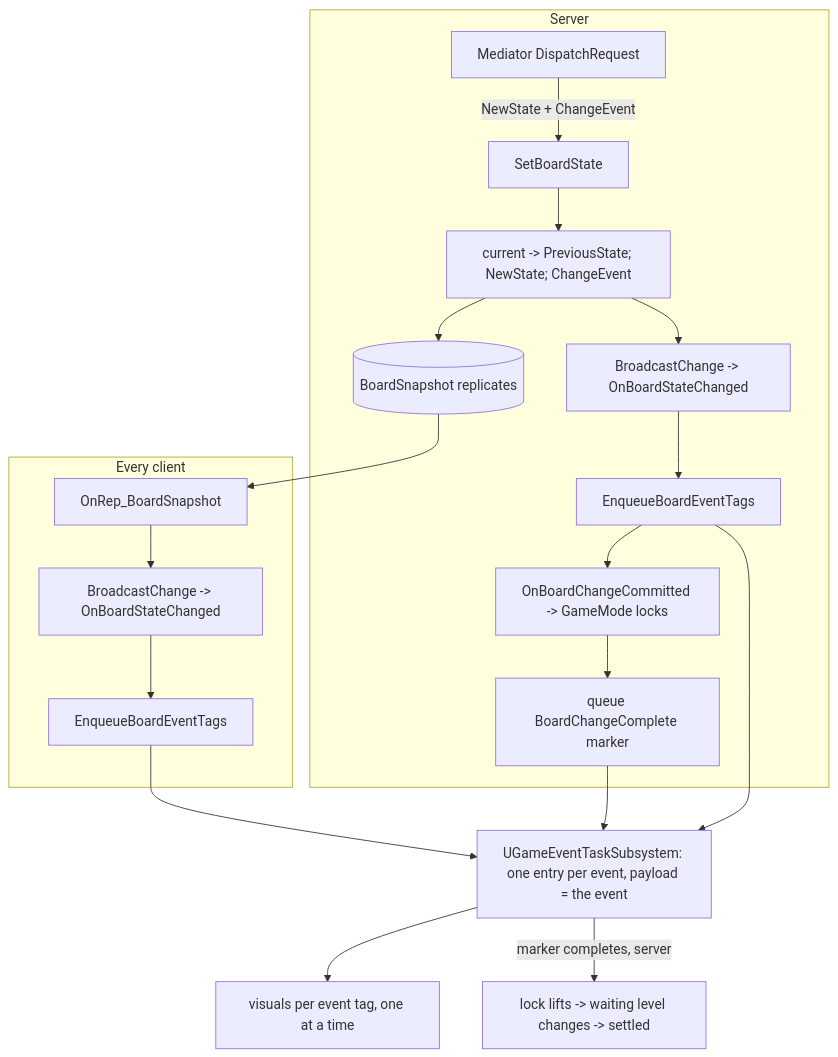
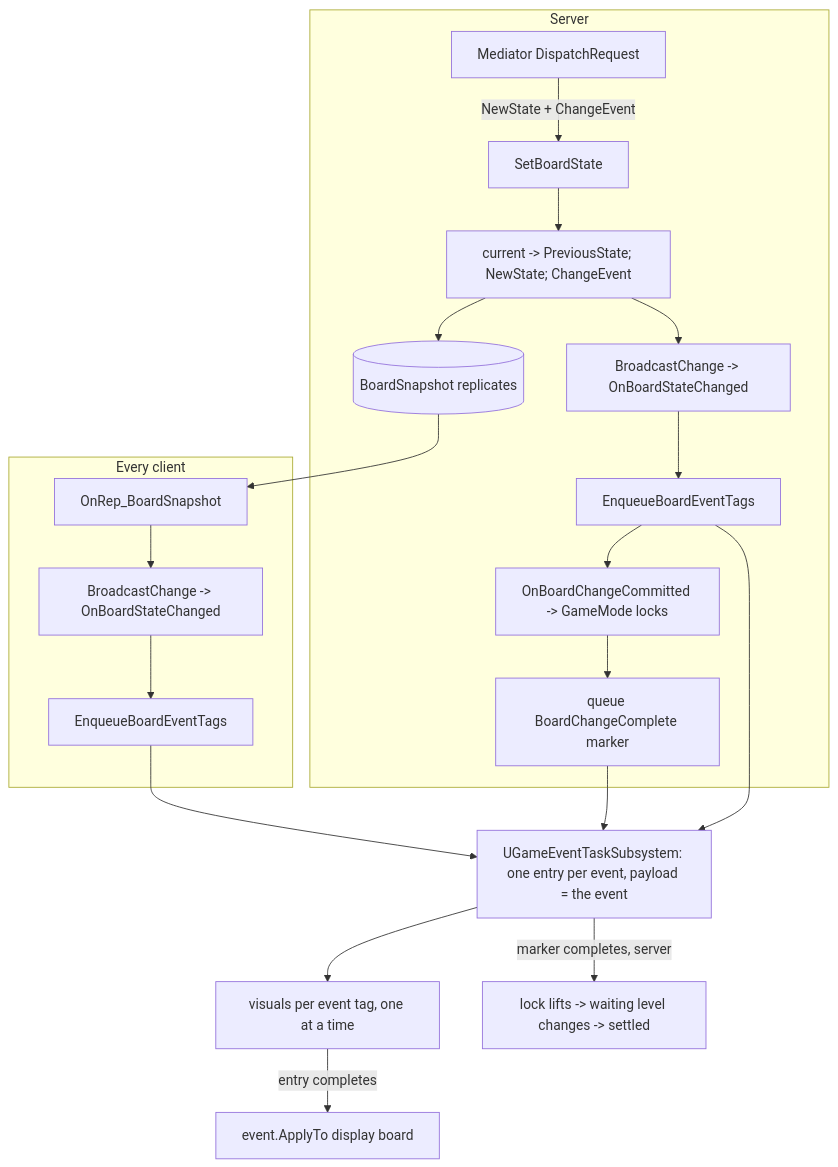
Before and after one commit to rfowlie/ConnectIt: the diagram in ConnectIt-Vault/ConnectIt/code/systems/board-state-single-source-of-truth.md, drawn with Mermaid. The commit also changed other lines of this file and 39 other files, not shown here.

````diff
--- a/ConnectIt-Vault/ConnectIt/code/systems/board-state-single-source-of-truth.md
+++ b/ConnectIt-Vault/ConnectIt/code/systems/board-state-single-source-of-truth.md
@@ -42,22 +50,23 @@
 ```mermaid
 flowchart TD
     subgraph Server
         H[Mediator DispatchRequest] -->|NewState + ChangeEvent| SBS[SetBoardState]
         SBS --> CAP[current -> PreviousState; NewState; ChangeEvent]
         CAP --> REP[(BoardSnapshot replicates)]
         CAP --> BC1[BroadcastChange -> OnBoardStateChanged]
         BC1 --> EQ1[EnqueueBoardEventTags]
         EQ1 --> LOCK[OnBoardChangeCommitted -> GameMode locks]
         LOCK --> MK[queue BoardChangeComplete marker]
     end
     subgraph "Every client"
         REP --> OR[OnRep_BoardSnapshot]
         OR --> BC2[BroadcastChange -> OnBoardStateChanged]
         BC2 --> EQ2[EnqueueBoardEventTags]
     end
     EQ1 --> TAGS[UGameEventTaskSubsystem: one entry per event, payload = the event]
     EQ2 --> TAGS
     MK --> TAGS
     TAGS --> VIS[visuals per event tag, one at a time]
+    VIS -->|entry completes| DB[event.ApplyTo display board]
     TAGS -->|marker completes, server| REL[lock lifts -> waiting level changes -> settled]
 ```
````
